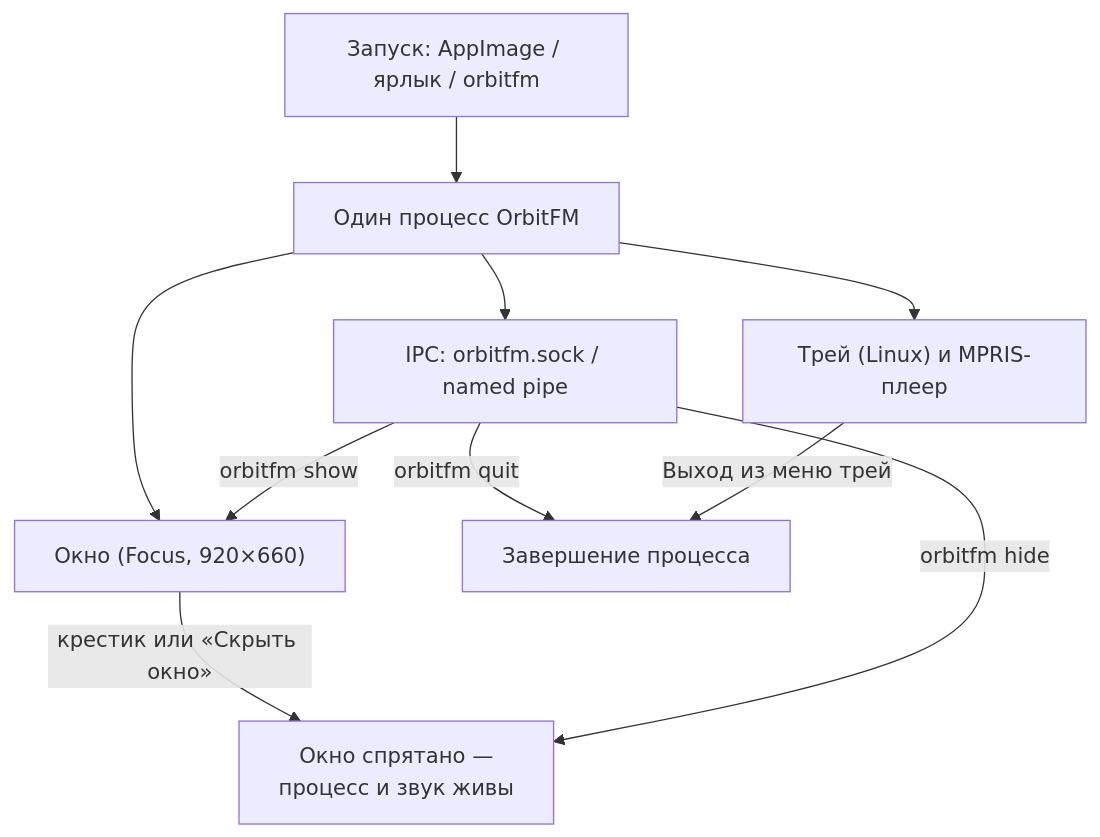
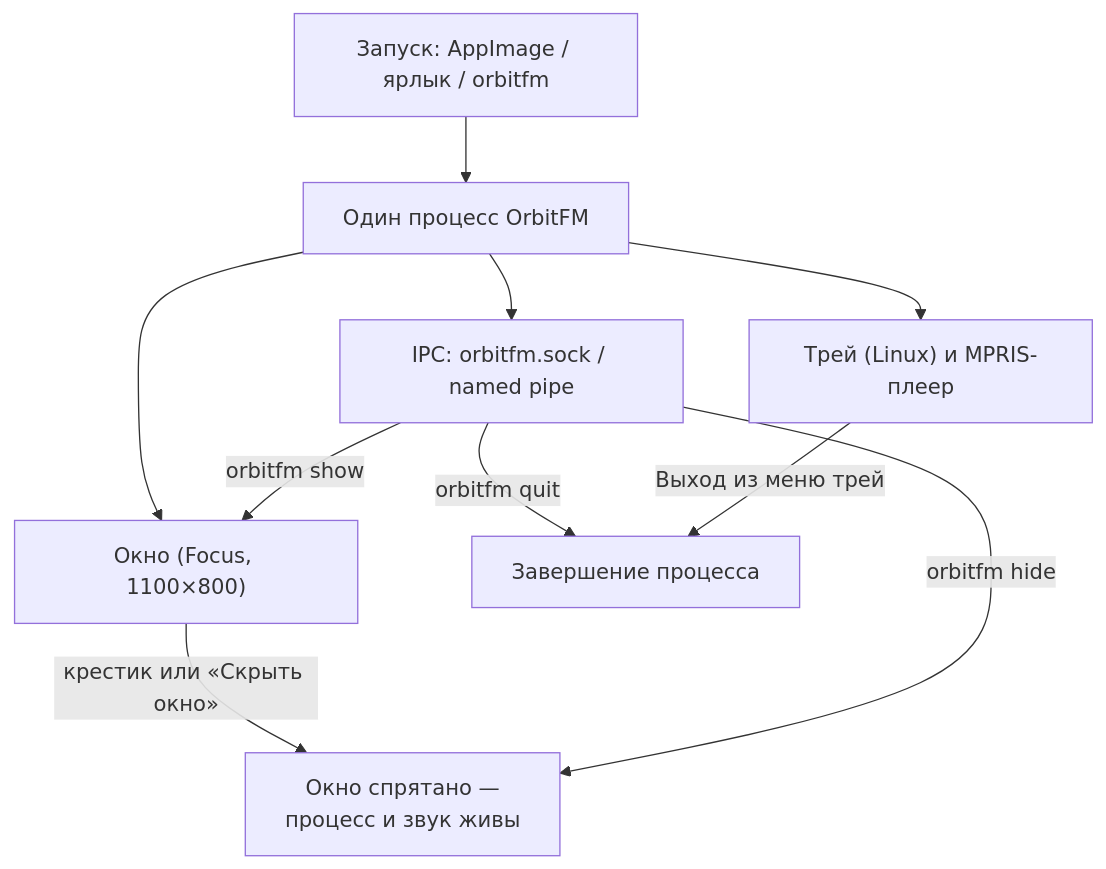
The first of 2 diagrams in docs/wiki/02-Первый-запуск.md (ModernByte/orbitfm), drawn with Mermaid before and after one commit. The commit also changed other lines of this file and 64 other files, not shown here.

````diff
--- a/docs/wiki/02-Первый-запуск.md
+++ b/docs/wiki/02-Первый-запуск.md
@@ -18,12 +18,12 @@
 ```mermaid
 flowchart TD
     S["Запуск: AppImage / ярлык / orbitfm"] --> P["Один процесс OrbitFM"]
-    P --> W["Окно (Focus, 920×660)"]
+    P --> W["Окно (Focus, 1100×800)"]
     P --> T["Трей (Linux) и MPRIS-плеер"]
     P --> I["IPC: orbitfm.sock / named pipe"]
     W -->|"крестик или «Скрыть окно»"| H["Окно спрятано —<br/>процесс и звук живы"]
     I -->|"orbitfm show"| W
     I -->|"orbitfm hide"| H
     I -->|"orbitfm quit"| X["Завершение процесса"]
     T -->|"Выход из меню трей"| X
 ```
````
